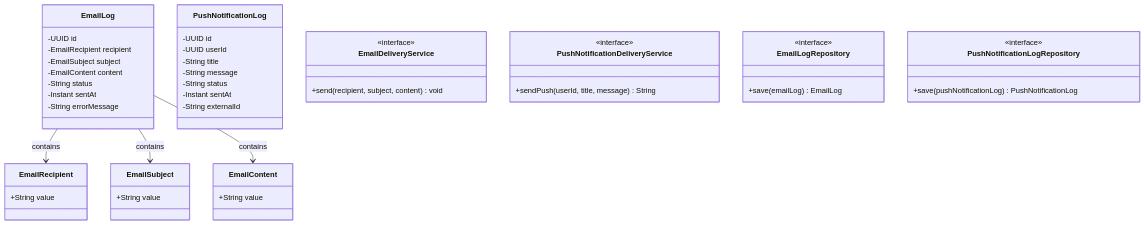
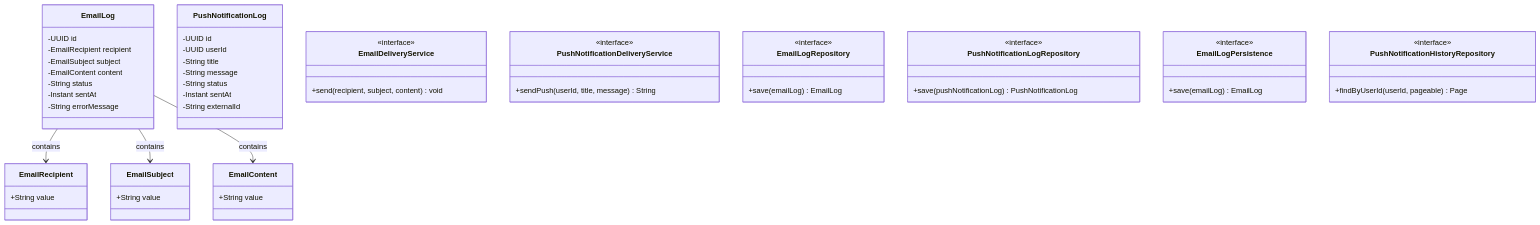
The fourth of 5 diagrams in class-diagrams/backend/notifications-bc.md (Vanana-Desarrollo-de-Soluciones-IOT/c4-diagrams), drawn with Mermaid before and after one commit. The commit also changed other lines of this file and 5 other files, not shown here.

Commit message:
Refactor notifications backend: Update NotificationController, add PushNotificationResponse, and implement PushNotificationHistoryQueryService

````diff
--- a/class-diagrams/backend/notifications-bc.md
+++ b/class-diagrams/backend/notifications-bc.md
@@ -208,50 +262,58 @@
 ```mermaid
 classDiagram
 class EmailLog {
     -UUID id
     -EmailRecipient recipient
     -EmailSubject subject
     -EmailContent content
     -String status
     -Instant sentAt
     -String errorMessage
 }
 class PushNotificationLog {
     -UUID id
     -UUID userId
     -String title
     -String message
     -String status
     -Instant sentAt
     -String externalId
 }
 class EmailDeliveryService {
     <<interface>>
     +send(recipient, subject, content) void
 }
 class PushNotificationDeliveryService {
     <<interface>>
     +sendPush(userId, title, message) String
 }
 class EmailRecipient {
     +String value
 }
 class EmailSubject {
     +String value
 }
 class EmailContent {
     +String value
 }
 class EmailLogRepository {
     <<interface>>
     +save(emailLog) EmailLog
 }
 class PushNotificationLogRepository {
     <<interface>>
     +save(pushNotificationLog) PushNotificationLog
 }
+class EmailLogPersistence {
+    <<interface>>
+    +save(emailLog) EmailLog
+}
+class PushNotificationHistoryRepository {
+    <<interface>>
+    +findByUserId(userId, pageable) Page
+}
 
 EmailLog --> EmailRecipient : contains
 EmailLog --> EmailSubject : contains
 EmailLog --> EmailContent : contains
 ```
````
